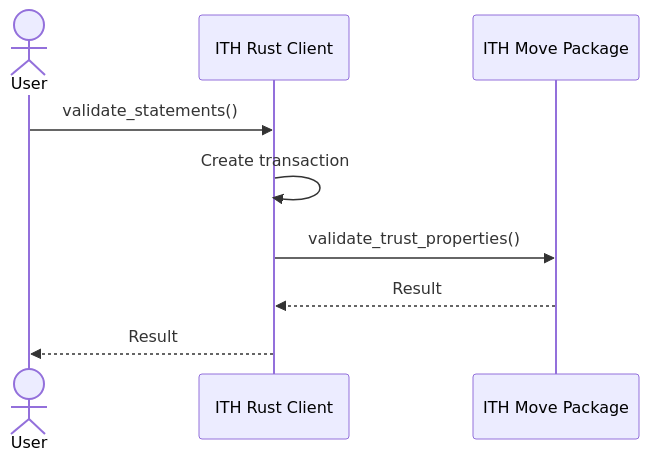
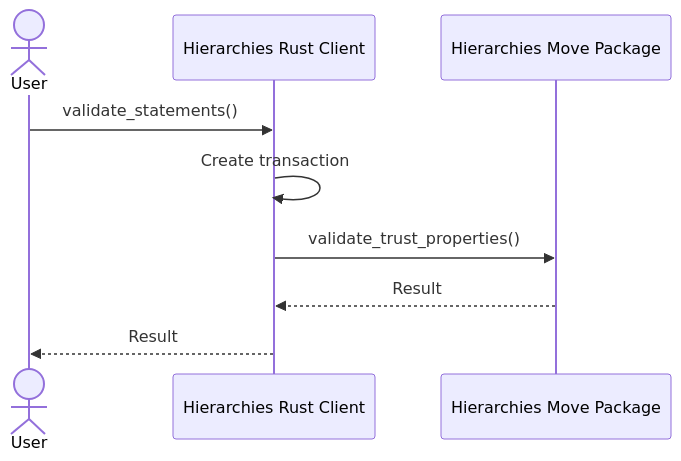
One commit to iotaledger/hierarchies changed the first of 3 diagrams in README.md. Above: the diagram before and after it, drawn with Mermaid. The commit also changed other lines of this file and 142 other files, not shown here.

First line of the commit message:
refactor: rename project from 'ith' to 'hierarchies' and update related configurations

````diff
--- a/README.md
+++ b/README.md
@@ -219,12 +219,12 @@
 ```mermaid
   sequenceDiagram
       actor User
-      participant ITHRustClient as ITH Rust Client
-      participant ITHMovePackage as ITH Move Package
+      participant HierarchiesRustClient as Hierarchies Rust Client
+      participant HierarchiesMovePackage as Hierarchies Move Package
 
-      User ->> ITHRustClient: validate_statements()
-      ITHRustClient ->> ITHRustClient: Create transaction
-      ITHRustClient ->> ITHMovePackage: validate_trust_properties()
-      ITHMovePackage -->> ITHRustClient: Result
-      ITHRustClient -->> User: Result
+      User ->> HierarchiesRustClient: validate_statements()
+      HierarchiesRustClient ->> HierarchiesRustClient: Create transaction
+      HierarchiesRustClient ->> HierarchiesMovePackage: validate_trust_properties()
+      HierarchiesMovePackage -->> HierarchiesRustClient: Result
+      HierarchiesRustClient -->> User: Result
 ```
````
